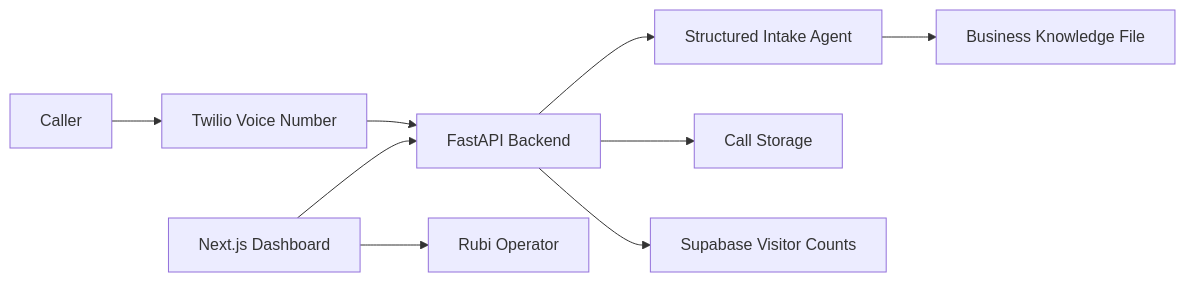
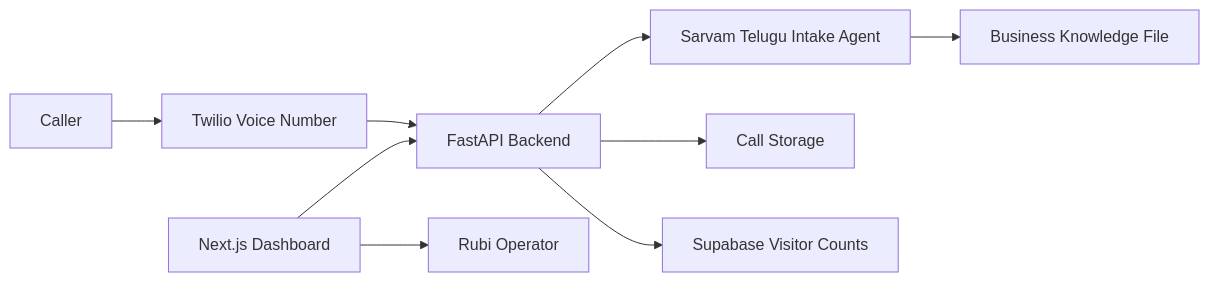
The diagram in README.md (nxtgensec/Rubi), drawn with Mermaid before and after one commit. The commit also changed other lines of this file and 15 other files, not shown here.

Commit message:
Switch voice agent to Sarvam Telugu

````diff
--- a/README.md
+++ b/README.md
@@ -42,11 +42,11 @@
 ```mermaid
 flowchart LR
   Caller["Caller"] --> Twilio["Twilio Voice Number"]
   Twilio --> Backend["FastAPI Backend"]
-  Backend --> Intake["Structured Intake Agent"]
+  Backend --> Intake["Sarvam Telugu Intake Agent"]
   Intake --> Knowledge["Business Knowledge File"]
   Backend --> Storage["Call Storage"]
   Backend --> Supabase["Supabase Visitor Counts"]
   Frontend["Next.js Dashboard"] --> Backend
   Frontend --> Operator["Rubi Operator"]
 ```
````
